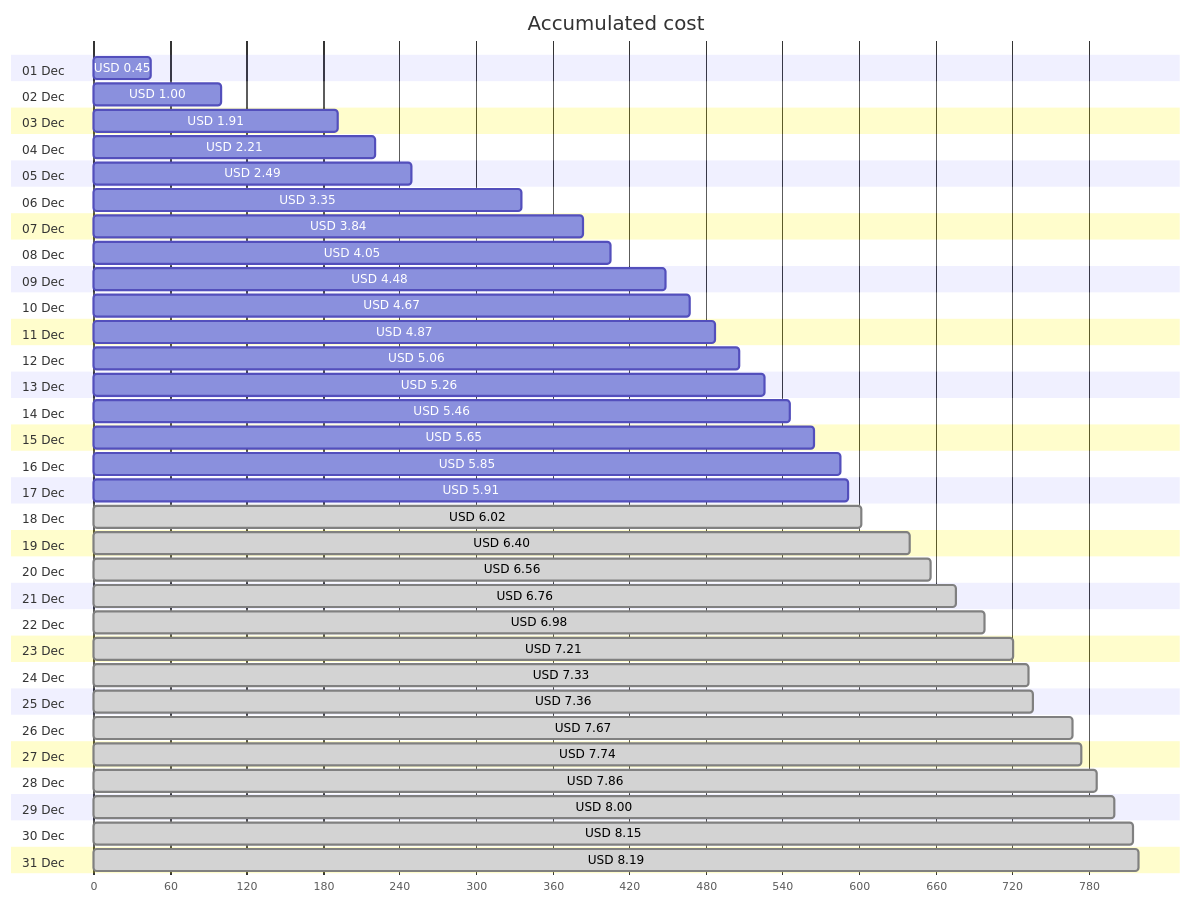
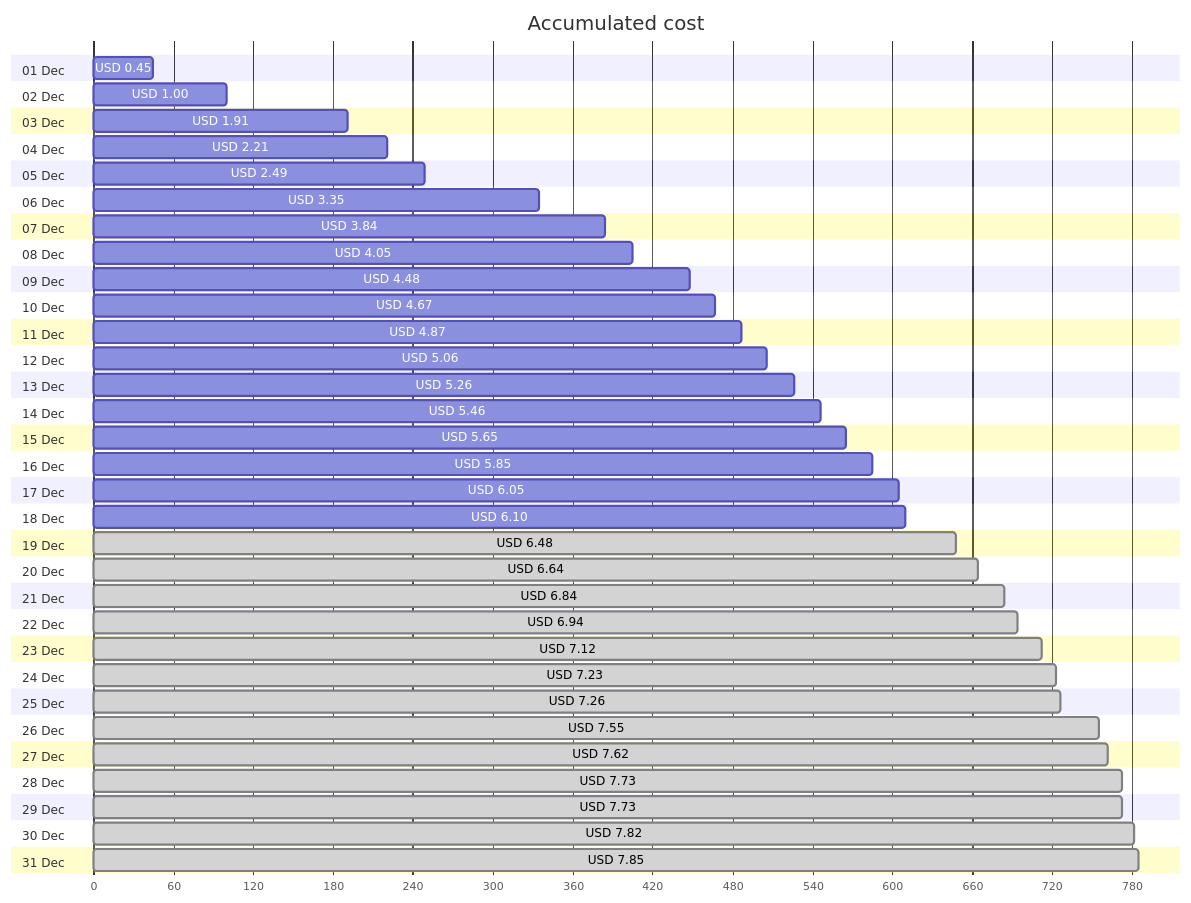
Before and after one commit to jpfulton/azure-personal-reports: the first of 4 diagrams in cost-reports/personal-network/vpn-server.md, drawn with Mermaid. The commit also changed other lines of this file and 8 other files, not shown here.

````diff
--- a/cost-reports/personal-network/vpn-server.md
+++ b/cost-reports/personal-network/vpn-server.md
@@ -20,68 +20,68 @@
 ```mermaid
 gantt
    title Accumulated cost
    dateFormat  X
    axisFormat %s
    section 01 Dec
    USD 0.45 :0, 45
    section 02 Dec
    USD 1.00 :0, 100
    section 03 Dec
    USD 1.91 :0, 191
    section 04 Dec
    USD 2.21 :0, 221
    section 05 Dec
    USD 2.49 :0, 249
    section 06 Dec
    USD 3.35 :0, 335
    section 07 Dec
    USD 3.84 :0, 384
    section 08 Dec
    USD 4.05 :0, 405
    section 09 Dec
    USD 4.48 :0, 448
    section 10 Dec
    USD 4.67 :0, 467
    section 11 Dec
    USD 4.87 :0, 487
    section 12 Dec
    USD 5.06 :0, 506
    section 13 Dec
    USD 5.26 :0, 526
    section 14 Dec
    USD 5.46 :0, 546
    section 15 Dec
    USD 5.65 :0, 565
    section 16 Dec
    USD 5.85 :0, 585
    section 17 Dec
-   USD 5.91 :0, 591
+   USD 6.05 :0, 605
    section 18 Dec
-   USD 6.02 : done, 0, 602
+   USD 6.10 :0, 610
    section 19 Dec
-   USD 6.40 : done, 0, 640
+   USD 6.48 : done, 0, 648
    section 20 Dec
-   USD 6.56 : done, 0, 656
+   USD 6.64 : done, 0, 664
    section 21 Dec
-   USD 6.76 : done, 0, 676
+   USD 6.84 : done, 0, 684
    section 22 Dec
-   USD 6.98 : done, 0, 698
+   USD 6.94 : done, 0, 694
    section 23 Dec
-   USD 7.21 : done, 0, 721
+   USD 7.12 : done, 0, 712
    section 24 Dec
-   USD 7.33 : done, 0, 733
+   USD 7.23 : done, 0, 723
    section 25 Dec
-   USD 7.36 : done, 0, 736
+   USD 7.26 : done, 0, 726
    section 26 Dec
-   USD 7.67 : done, 0, 767
+   USD 7.55 : done, 0, 755
    section 27 Dec
-   USD 7.74 : done, 0, 774
+   USD 7.62 : done, 0, 762
    section 28 Dec
-   USD 7.86 : done, 0, 786
+   USD 7.73 : done, 0, 773
    section 29 Dec
-   USD 8.00 : done, 0, 800
+   USD 7.73 : done, 0, 773
    section 30 Dec
-   USD 8.15 : done, 0, 815
+   USD 7.82 : done, 0, 782
    section 31 Dec
-   USD 8.19 : done, 0, 819
+   USD 7.85 : done, 0, 785
 ```
````
